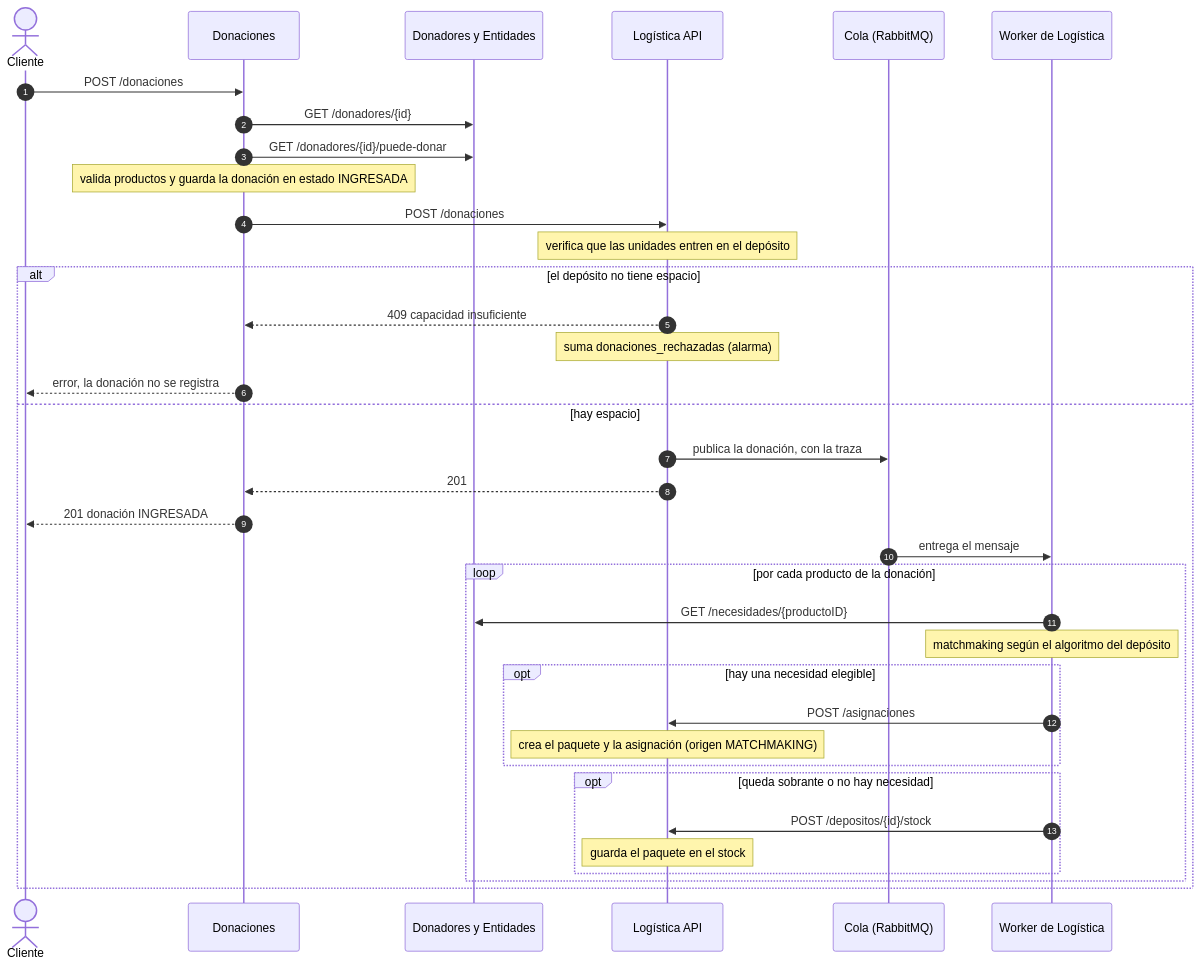
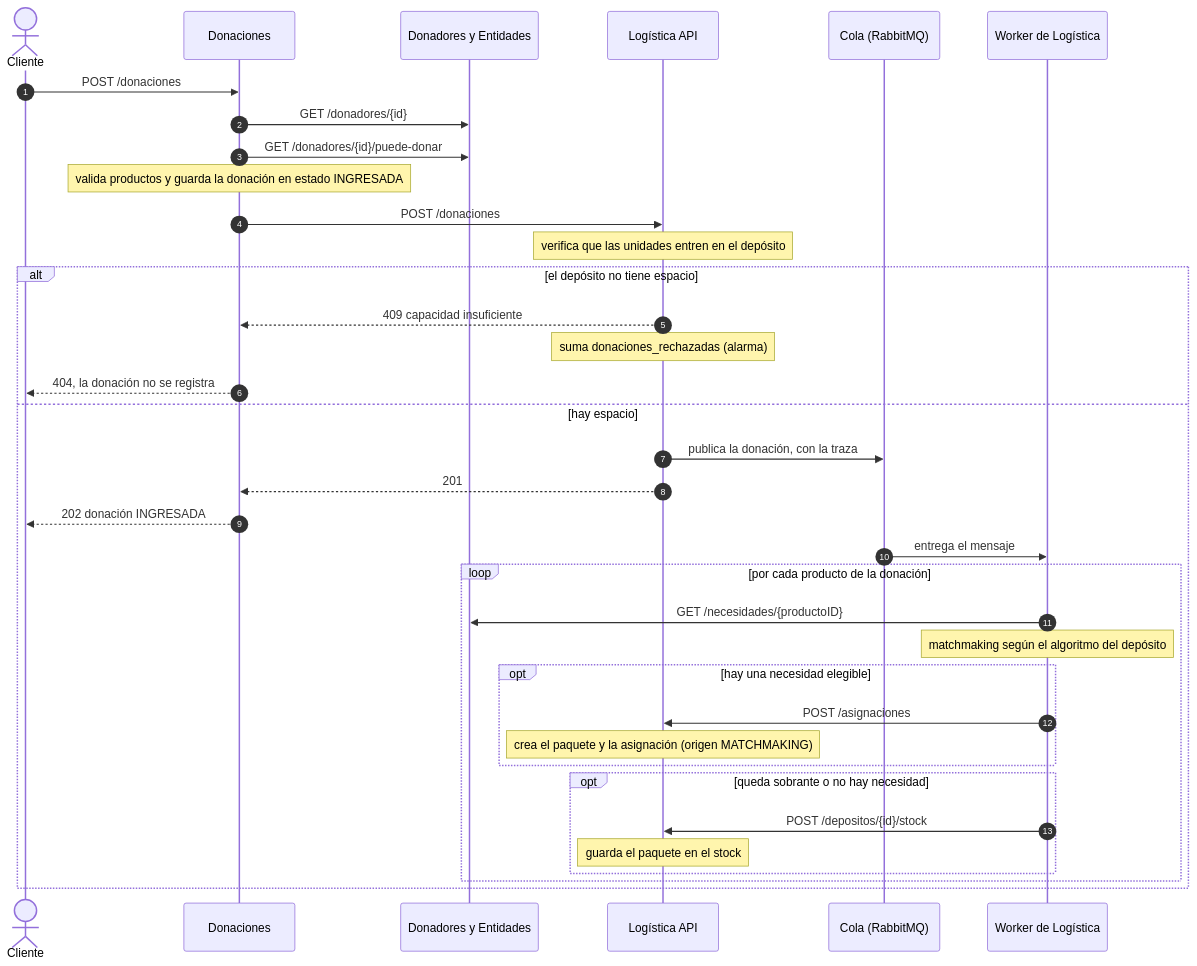
One commit to 2026-ddsi-tpa-CodeandoAprobados/Logistica changed the first of 3 diagrams in docs/api-y-secuencias-logistica.md. Above: the diagram before and after it, drawn with Mermaid.

Commit message:
corrijo los codigos de respuesta del diagrama de donaciones (404 y 202)

````diff
--- a/docs/api-y-secuencias-logistica.md
+++ b/docs/api-y-secuencias-logistica.md
@@ -48,39 +48,39 @@
 ```mermaid
 sequenceDiagram
     autonumber
     actor Cli as Cliente
     participant Don as Donaciones
     participant DyE as Donadores y Entidades
     participant Log as Logística API
     participant MQ as Cola (RabbitMQ)
     participant Wk as Worker de Logística
 
     Cli->>Don: POST /donaciones
     Don->>DyE: GET /donadores/{id}
     Don->>DyE: GET /donadores/{id}/puede-donar
     Note over Don: valida productos y guarda la donación en estado INGRESADA
     Don->>Log: POST /donaciones
     Note over Log: verifica que las unidades entren en el depósito
     alt el depósito no tiene espacio
         Log-->>Don: 409 capacidad insuficiente
         Note over Log: suma donaciones_rechazadas (alarma)
-        Don-->>Cli: error, la donación no se registra
+        Don-->>Cli: 404, la donación no se registra
     else hay espacio
         Log->>MQ: publica la donación, con la traza
         Log-->>Don: 201
-        Don-->>Cli: 201 donación INGRESADA
+        Don-->>Cli: 202 donación INGRESADA
         MQ->>Wk: entrega el mensaje
         loop por cada producto de la donación
             Wk->>DyE: GET /necesidades/{productoID}
             Note over Wk: matchmaking según el algoritmo del depósito
             opt hay una necesidad elegible
                 Wk->>Log: POST /asignaciones
                 Note over Log: crea el paquete y la asignación (origen MATCHMAKING)
             end
             opt queda sobrante o no hay necesidad
                 Wk->>Log: POST /depositos/{id}/stock
                 Note over Log: guarda el paquete en el stock
             end
         end
     end
 ```
````
